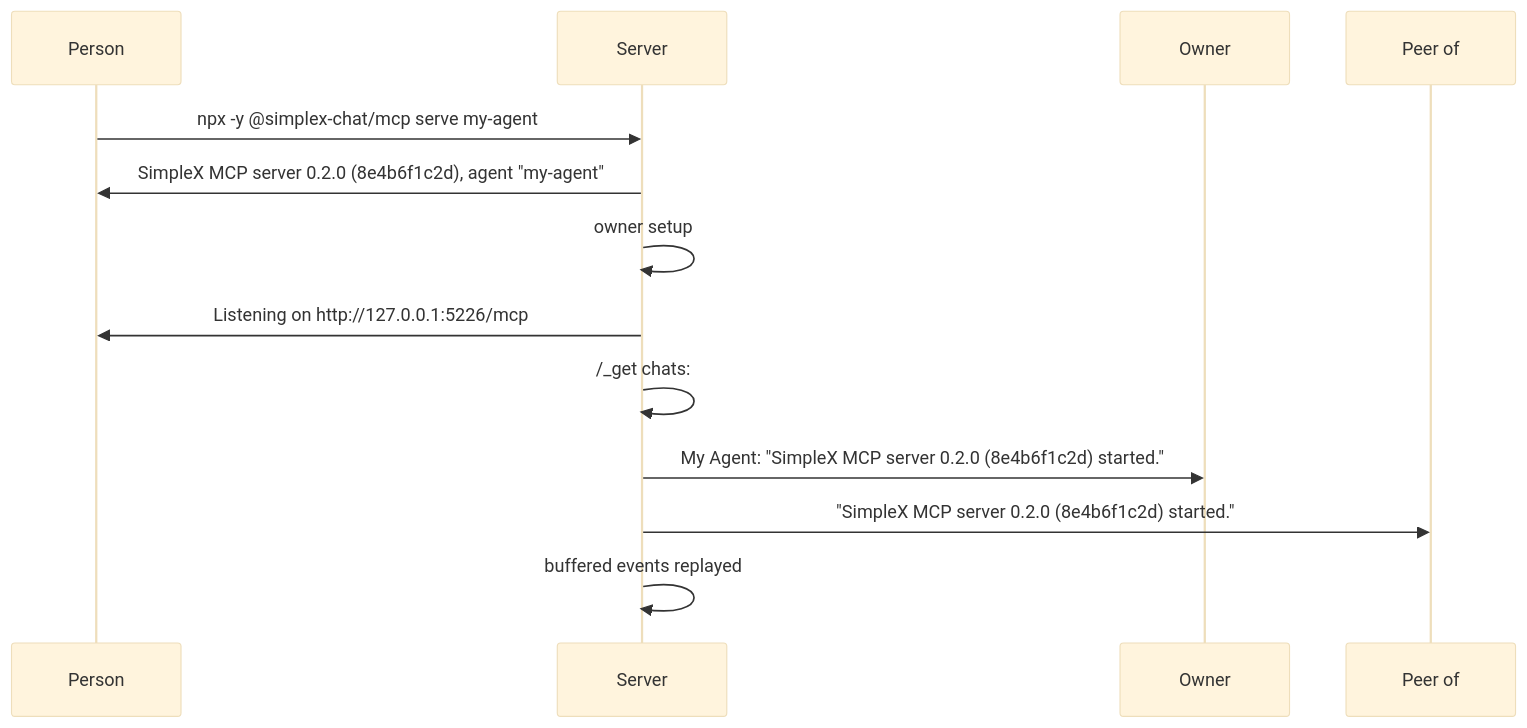
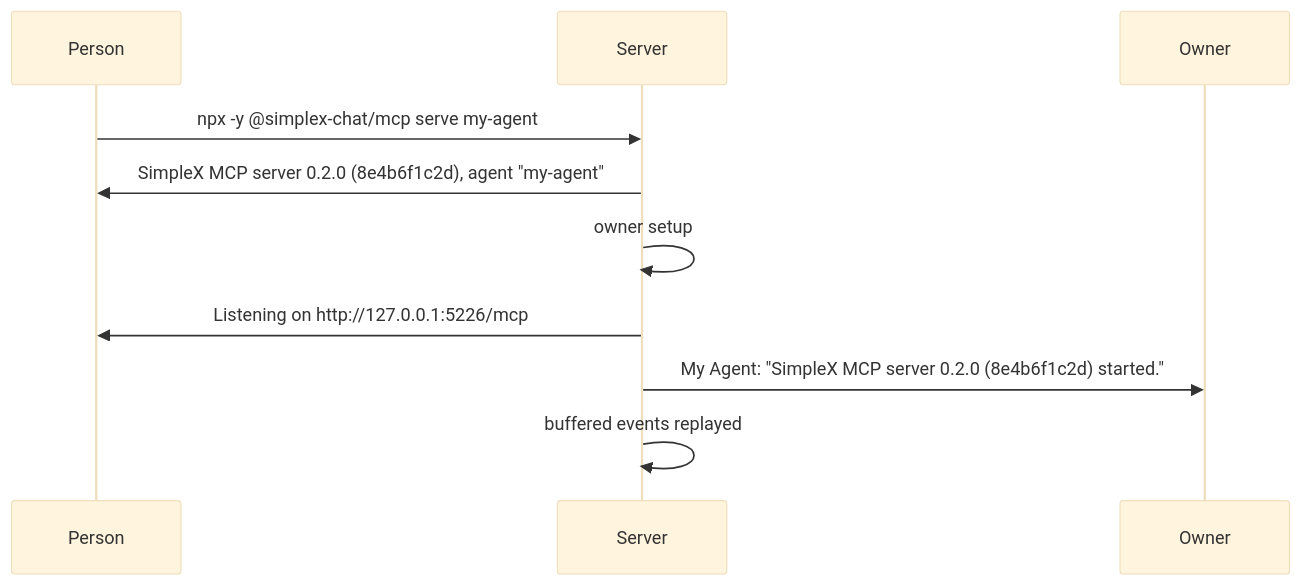
One commit to simplex-chat/simplex-chat changed the diagram in plans/2026-11-12-mcp-restart-notice.md. Above: the diagram before and after it, drawn with Mermaid (base theme). The commit also changed other lines of this file and 10 other files, not shown here.

````diff
--- a/plans/2026-11-12-mcp-restart-notice.md
+++ b/plans/2026-11-12-mcp-restart-notice.md
@@ -71,15 +62,12 @@
 ```mermaid
 sequenceDiagram
   participant P as Person
   participant S as Server
   participant O as Owner
-  participant D as Peer of #9
   P->>S: npx -y @simplex-chat/mcp serve my-agent
   S->>P: SimpleX MCP server 0.2.0 (8e4b6f1c2d), agent "my-agent"
   S->>S: owner setup
   S->>P: Listening on http://127.0.0.1:5226/mcp
-  S->>S: /_get chats: #9 approved for all messages by Alice, connected, role member, as itself
   S->>O: My Agent: "SimpleX MCP server 0.2.0 (8e4b6f1c2d) started."
-  S->>D: "SimpleX MCP server 0.2.0 (8e4b6f1c2d) started."
   S->>S: buffered events replayed
 ```
````
